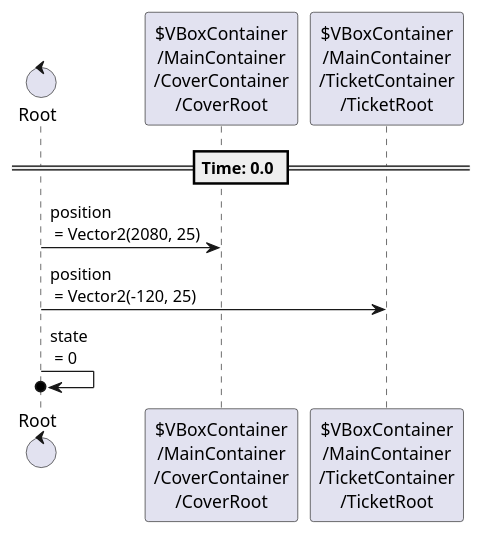
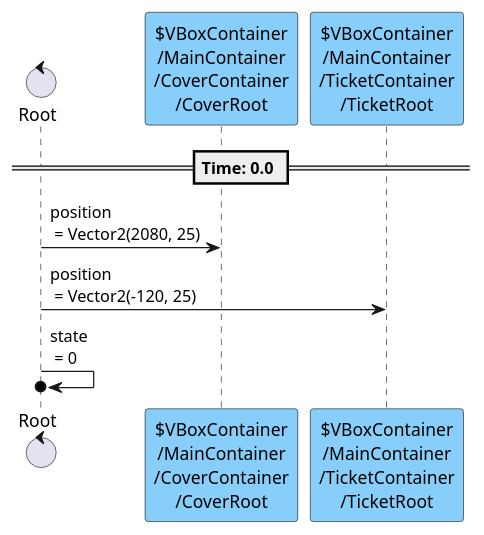
Before and after one commit to tkmfujise/Platformer-Game-Learning: the fourth of 7 diagrams in content/scenes/src/account/account.tscn.adoc, drawn with PlantUML. The commit also changed other lines of this file and 67 other files, not shown here.

```diff
--- a/content/scenes/src/account/account.tscn.adoc
+++ b/content/scenes/src/account/account.tscn.adoc
@@ -554,15 +554,15 @@
 [plantuml]
 ....
 control "Root" as R
-participant "$VBoxContainer\n/MainContainer\n/CoverContainer\n/CoverRoot" as T0
-participant "$VBoxContainer\n/MainContainer\n/TicketContainer\n/TicketRoot" as T1
+participant "$VBoxContainer\n/MainContainer\n/CoverContainer\n/CoverRoot" as T0 #87CEFA
+participant "$VBoxContainer\n/MainContainer\n/TicketContainer\n/TicketRoot" as T1 #87CEFA
 
 
 
 == Time: 0.0 ==
 R  ->  T0 : position\n = Vector2(2080, 25)
 R  ->  T1 : position\n = Vector2(-120, 25)
 R  ->o  R : state\n = 0
 
 
 ....
```
